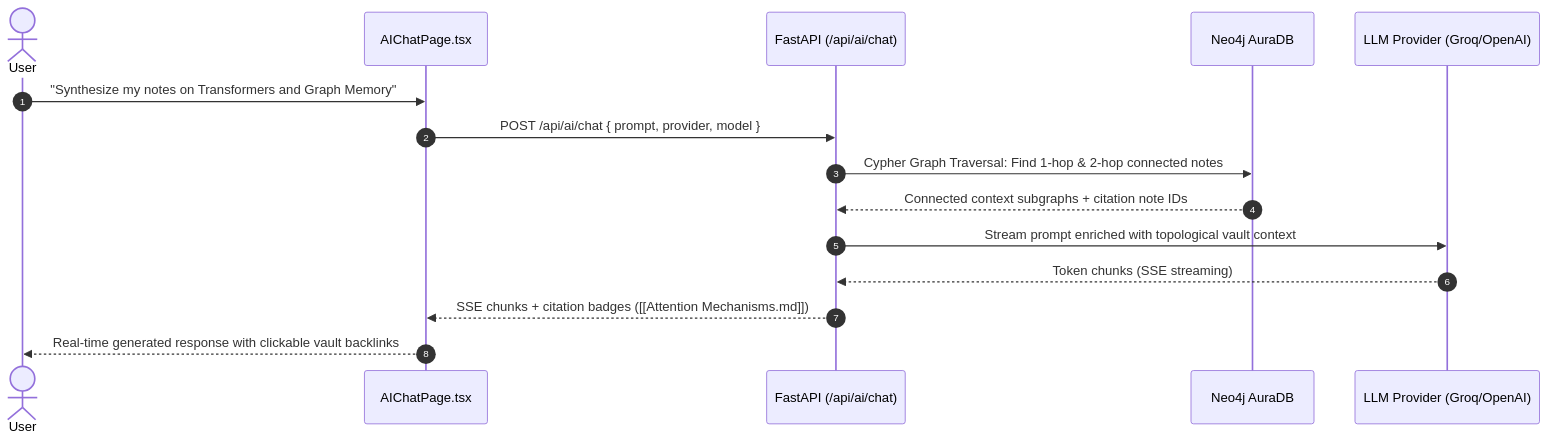
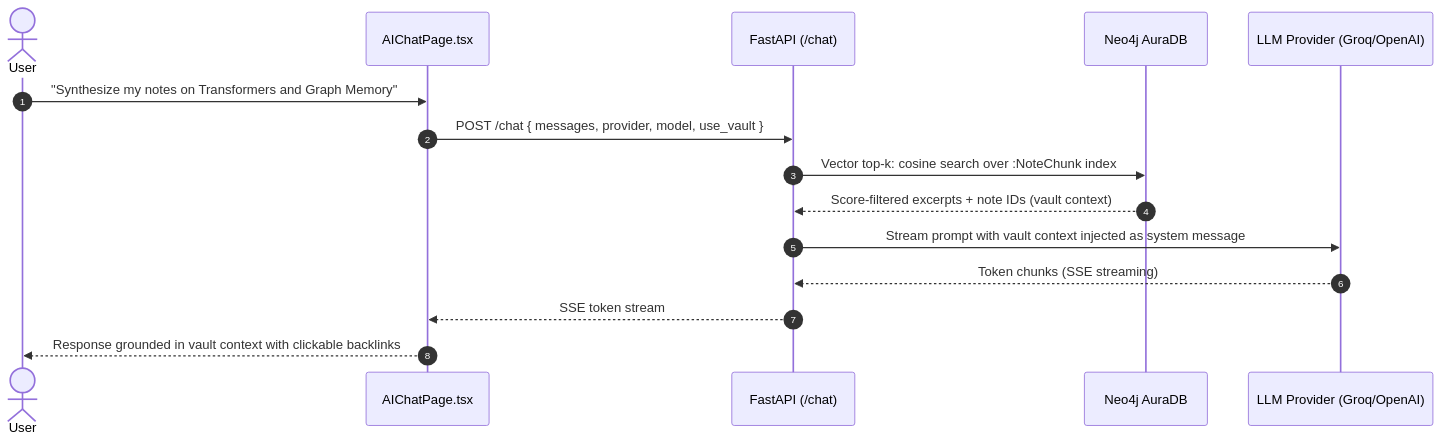
One commit to KunalGupta25/NoterootAI changed the fourth of 4 diagrams in flow.md. Above: the diagram before and after it, drawn with Mermaid. The commit also changed other lines of this file and 2 other files, not shown here.

Commit message:
docs: align README and flow.md with unified FastAPI backend

````diff
--- a/flow.md
+++ b/flow.md
@@ -143,18 +147,18 @@
 ```mermaid
 sequenceDiagram
     autonumber
     actor User
     participant AIChat as AIChatPage.tsx
-    participant API as FastAPI (/api/ai/chat)
+    participant API as FastAPI (/chat)
     participant Neo4j as Neo4j AuraDB
     participant LLM as LLM Provider (Groq/OpenAI)
 
     User->>AIChat: "Synthesize my notes on Transformers and Graph Memory"
-    AIChat->>API: POST /api/ai/chat { prompt, provider, model }
-    API->>Neo4j: Cypher Graph Traversal: Find 1-hop & 2-hop connected notes
-    Neo4j-->>API: Connected context subgraphs + citation note IDs
-    API->>LLM: Stream prompt enriched with topological vault context
+    AIChat->>API: POST /chat { messages, provider, model, use_vault }
+    API->>Neo4j: Vector top-k: cosine search over :NoteChunk index
+    Neo4j-->>API: Score-filtered excerpts + note IDs (vault context)
+    API->>LLM: Stream prompt with vault context injected as system message
     LLM-->>API: Token chunks (SSE streaming)
-    API-->>AIChat: SSE chunks + citation badges ([[Attention Mechanisms.md]])
-    AIChat-->>User: Real-time generated response with clickable vault backlinks
+    API-->>AIChat: SSE token stream
+    AIChat-->>User: Response grounded in vault context with clickable backlinks
 ```
````
